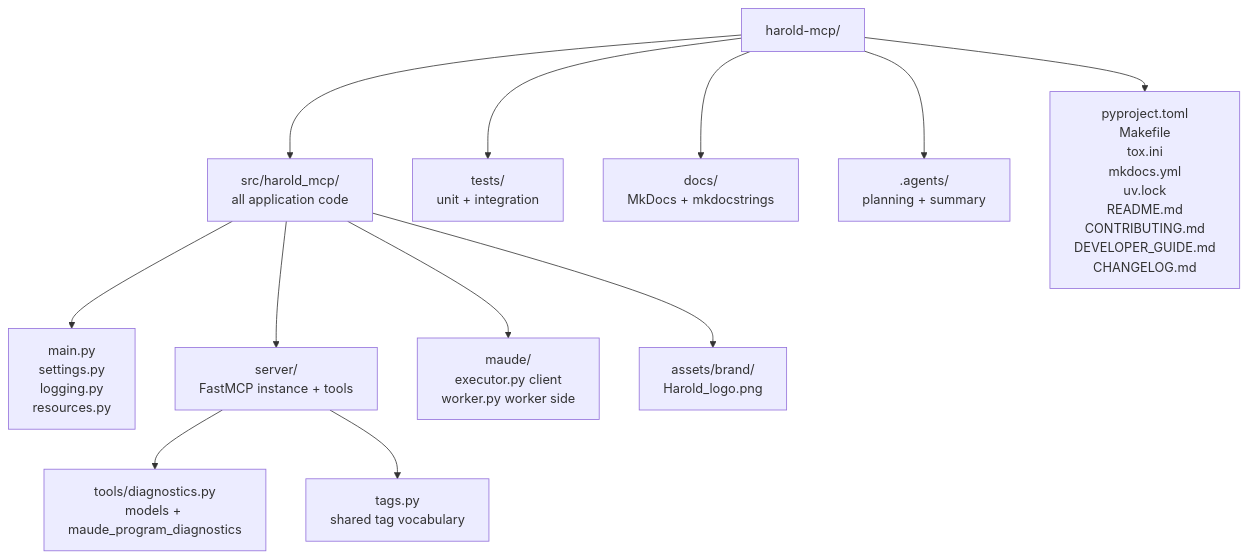
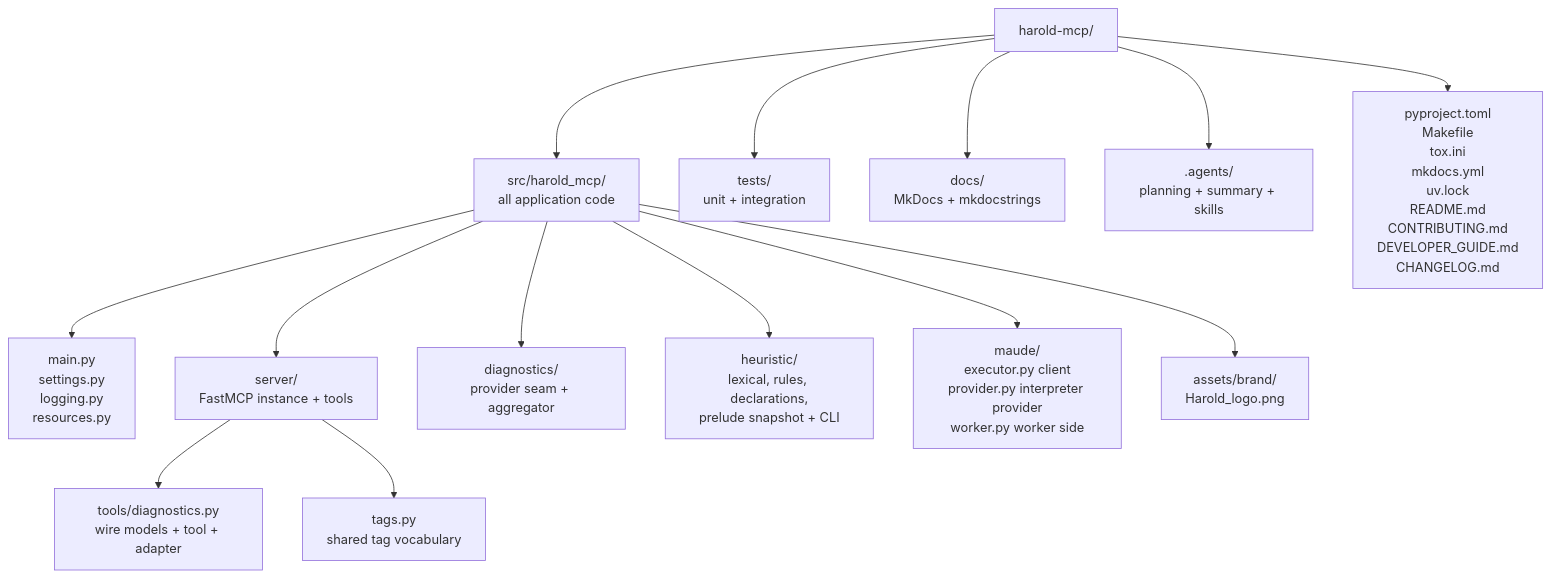
One commit to demiourgoi/Harold changed the diagram in harold-mcp/AGENTS.md. Above: the diagram before and after it, drawn with Mermaid. The commit also changed other lines of this file and 9 other files, not shown here.

````diff
--- a/harold-mcp/AGENTS.md
+++ b/harold-mcp/AGENTS.md
@@ -39,14 +39,16 @@
 ```mermaid
 graph TB
     R[harold-mcp/] --> S[src/harold_mcp/<br>all application code]
     R --> T[tests/<br>unit + integration]
     R --> D[docs/<br>MkDocs + mkdocstrings]
-    R --> A2[.agents/<br>planning + summary]
+    R --> A2[.agents/<br>planning + summary + skills]
     S --> F[main.py<br>settings.py<br>logging.py<br>resources.py]
     S --> SRV[server/<br>FastMCP instance + tools]
-    SRV --> TO[tools/diagnostics.py<br>models + maude_program_diagnostics]
+    SRV --> TO[tools/diagnostics.py<br>wire models + tool + adapter]
     SRV --> TG[tags.py<br>shared tag vocabulary]
-    S --> MD[maude/<br>executor.py client<br>worker.py worker side]
+    S --> DG[diagnostics/<br>provider seam + aggregator]
+    S --> HL[heuristic/<br>lexical, rules, declarations,<br>prelude snapshot + CLI]
+    S --> MD[maude/<br>executor.py client<br>provider.py interpreter provider<br>worker.py worker side]
     S --> A[assets/brand/<br>Harold_logo.png]
     R --> C[pyproject.toml<br>Makefile<br>tox.ini<br>mkdocs.yml<br>uv.lock<br>README.md<br>CONTRIBUTING.md<br>DEVELOPER_GUIDE.md<br>CHANGELOG.md]
 ```
````
